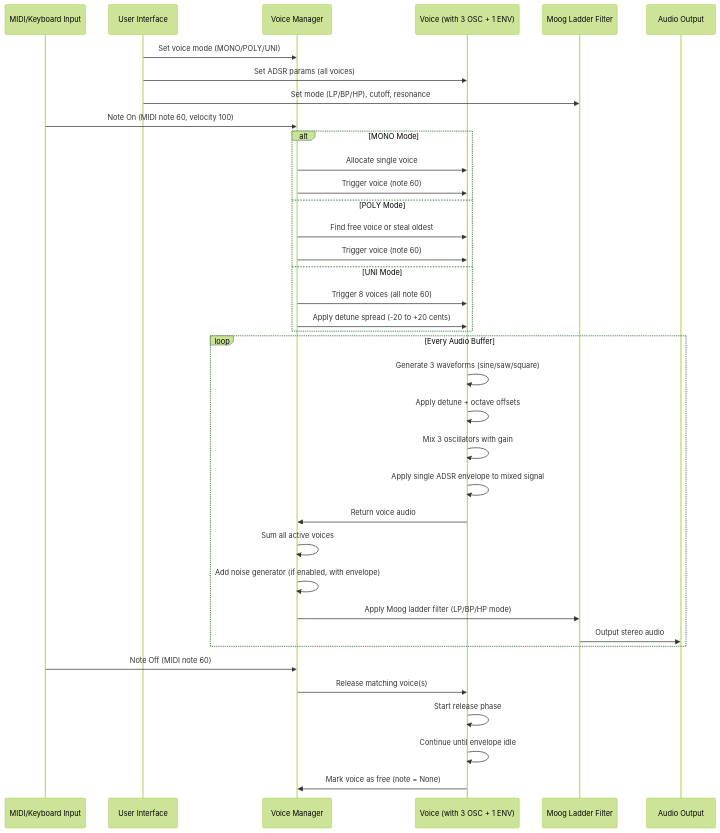
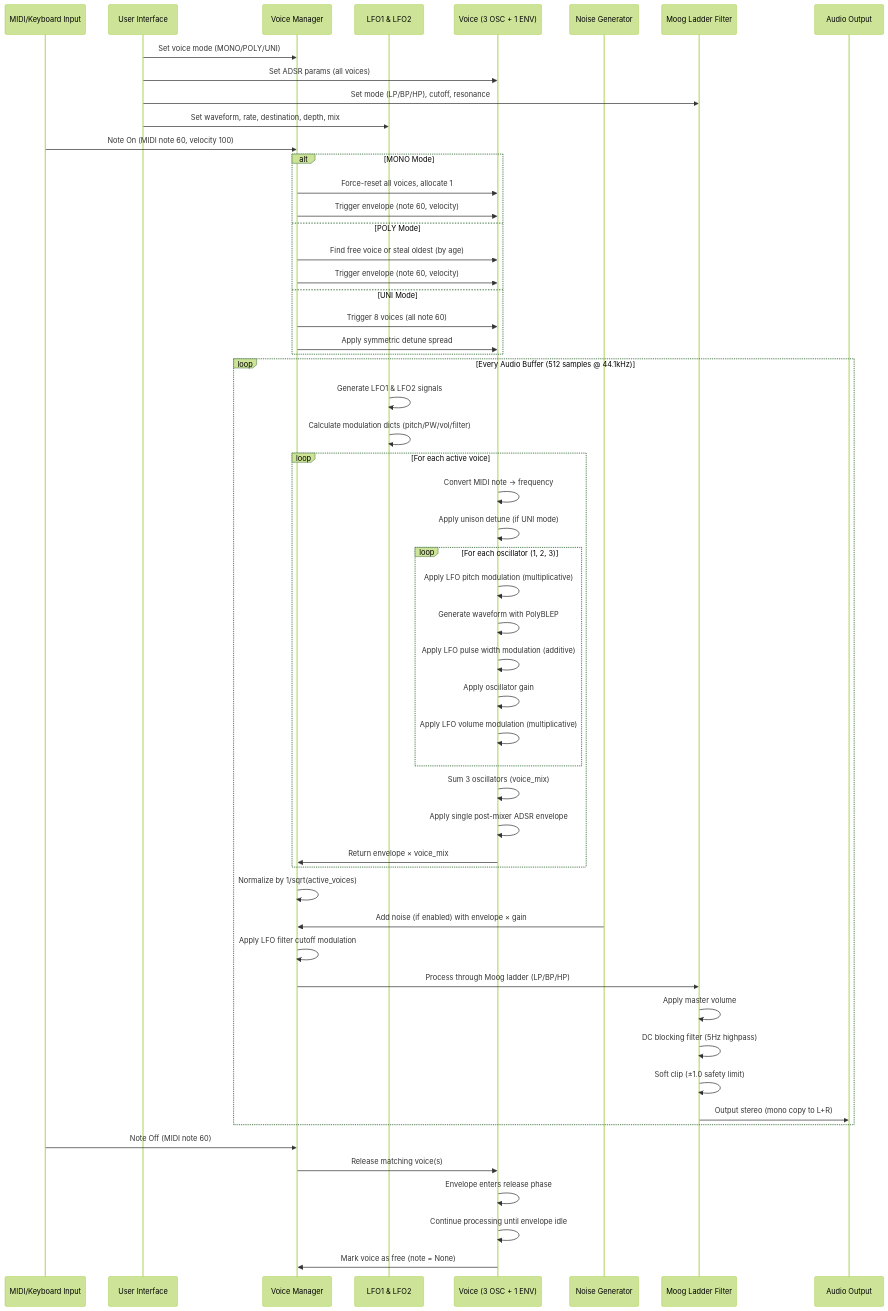
The third of 3 diagrams in README.md (clemgoub/TripleOscillator), drawn with Mermaid (forest theme) before and after one commit. The commit also changed other lines of this file, not shown here.

First line of the commit message:
Update README with comprehensive architecture review

````diff
--- a/README.md
+++ b/README.md
@@ -387,44 +440,66 @@
 ```mermaid
 sequenceDiagram
     participant INPUT as MIDI/Keyboard Input
     participant UI as User Interface
     participant VM as Voice Manager
-    participant VOICE as Voice (with 3 OSC + 1 ENV)
+    participant LFO as LFO1 & LFO2
+    participant VOICE as Voice (3 OSC + 1 ENV)
+    participant NOISE as Noise Generator
     participant FILT as Moog Ladder Filter
     participant OUT as Audio Output
 
     UI->>VM: Set voice mode (MONO/POLY/UNI)
     UI->>VOICE: Set ADSR params (all voices)
     UI->>FILT: Set mode (LP/BP/HP), cutoff, resonance
+    UI->>LFO: Set waveform, rate, destination, depth, mix
 
     INPUT->>VM: Note On (MIDI note 60, velocity 100)
 
     alt MONO Mode
-        VM->>VOICE: Allocate single voice
-        VM->>VOICE: Trigger voice (note 60)
+        VM->>VOICE: Force-reset all voices, allocate 1
+        VM->>VOICE: Trigger envelope (note 60, velocity)
     else POLY Mode
-        VM->>VOICE: Find free voice or steal oldest
-        VM->>VOICE: Trigger voice (note 60)
+        VM->>VOICE: Find free voice or steal oldest (by age)
+        VM->>VOICE: Trigger envelope (note 60, velocity)
     else UNI Mode
         VM->>VOICE: Trigger 8 voices (all note 60)
-        VM->>VOICE: Apply detune spread (-20 to +20 cents)
+        VM->>VOICE: Apply symmetric detune spread
     end
 
-    loop Every Audio Buffer
-        VOICE->>VOICE: Generate 3 waveforms (sine/saw/square)
-        VOICE->>VOICE: Apply detune + octave offsets
-        VOICE->>VOICE: Mix 3 oscillators with gain
-        VOICE->>VOICE: Apply single ADSR envelope to mixed signal
-        VOICE->>VM: Return voice audio
-        VM->>VM: Sum all active voices
-        VM->>VM: Add noise generator (if enabled, with envelope)
-        VM->>FILT: Apply Moog ladder filter (LP/BP/HP mode)
-        FILT->>OUT: Output stereo audio
+    loop Every Audio Buffer (512 samples @ 44.1kHz)
+        LFO->>LFO: Generate LFO1 & LFO2 signals
+        LFO->>LFO: Calculate modulation dicts (pitch/PW/vol/filter)
+
+        loop For each active voice
+            VOICE->>VOICE: Convert MIDI note → frequency
+            VOICE->>VOICE: Apply unison detune (if UNI mode)
+
+            loop For each oscillator (1, 2, 3)
+                VOICE->>VOICE: Apply LFO pitch modulation (multiplicative)
+                VOICE->>VOICE: Generate waveform with PolyBLEP
+                VOICE->>VOICE: Apply LFO pulse width modulation (additive)
+                VOICE->>VOICE: Apply oscillator gain
+                VOICE->>VOICE: Apply LFO volume modulation (multiplicative)
+            end
+
+            VOICE->>VOICE: Sum 3 oscillators (voice_mix)
+            VOICE->>VOICE: Apply single post-mixer ADSR envelope
+            VOICE->>VM: Return envelope × voice_mix
+        end
+
+        VM->>VM: Normalize by 1/sqrt(active_voices)
+        NOISE->>VM: Add noise (if enabled) with envelope × gain
+        VM->>VM: Apply LFO filter cutoff modulation
+        VM->>FILT: Process through Moog ladder (LP/BP/HP)
+        FILT->>FILT: Apply master volume
+        FILT->>FILT: DC blocking filter (5Hz highpass)
+        FILT->>FILT: Soft clip (±1.0 safety limit)
+        FILT->>OUT: Output stereo (mono copy to L+R)
     end
 
     INPUT->>VM: Note Off (MIDI note 60)
     VM->>VOICE: Release matching voice(s)
-    VOICE->>VOICE: Start release phase
-    VOICE->>VOICE: Continue until envelope idle
+    VOICE->>VOICE: Envelope enters release phase
+    VOICE->>VOICE: Continue processing until envelope idle
     VOICE->>VM: Mark voice as free (note = None)
 ```
````
